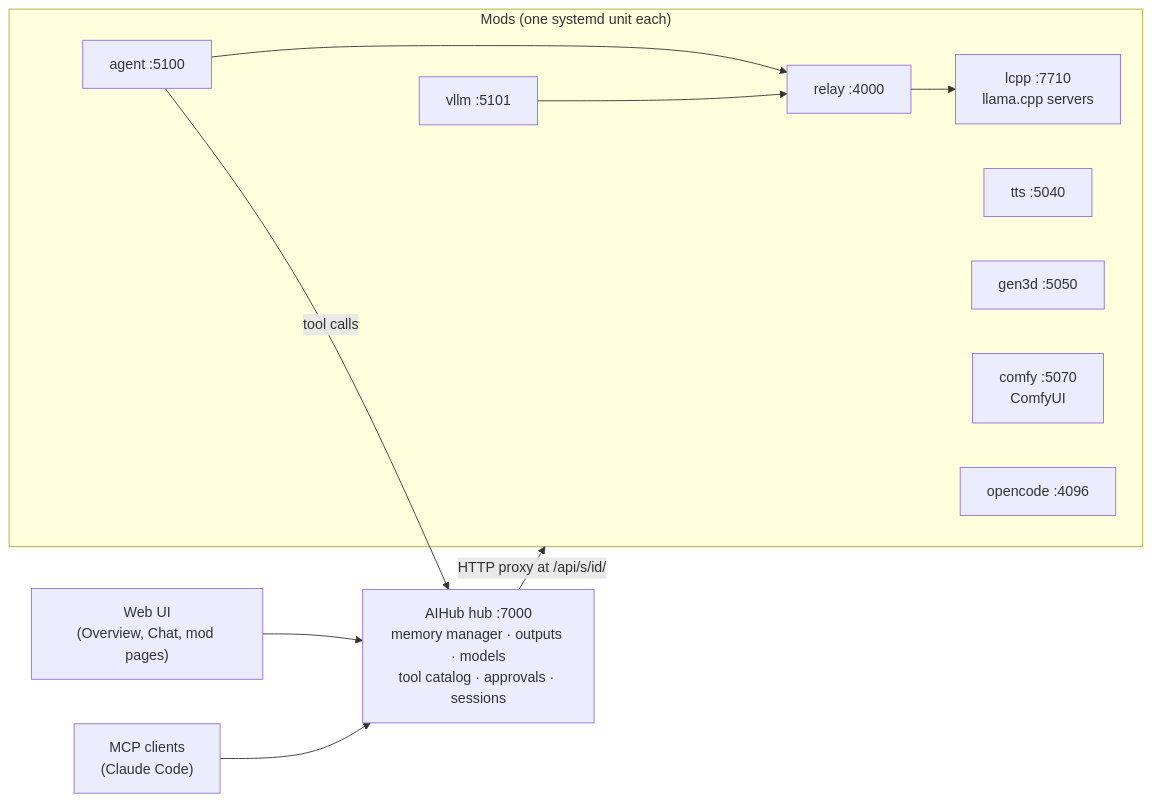
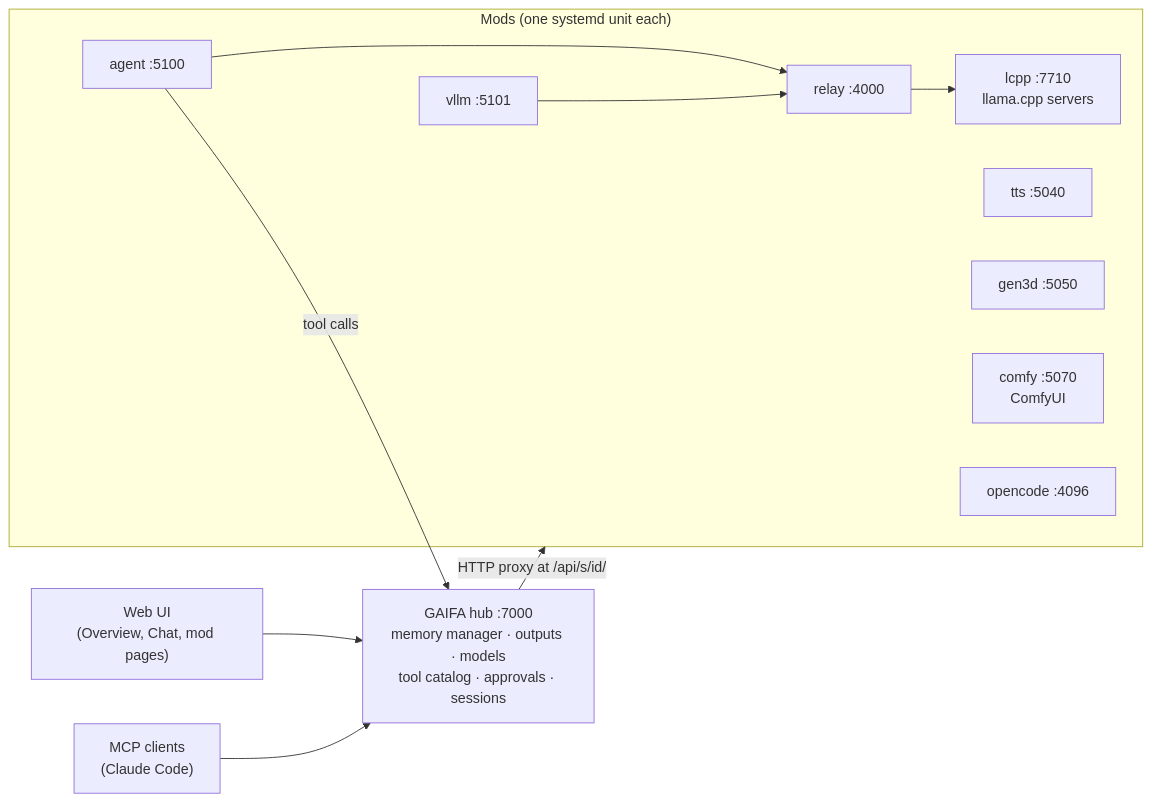
Before and after one commit to brendondgr/GAIFA: the diagram in README.md, drawn with Mermaid. The commit also changed other lines of this file and 54 other files, not shown here.

````diff
--- a/README.md
+++ b/README.md
@@ -119,17 +119,17 @@
 ```mermaid
 flowchart LR
   UI["Web UI<br/>(Overview, Chat, mod pages)"] --> Hub
   MCP["MCP clients<br/>(Claude Code)"] --> Hub
-  Hub["AIHub hub :7000<br/>memory manager · outputs · models<br/>tool catalog · approvals · sessions"]
+  Hub["GAIFA hub :7000<br/>memory manager · outputs · models<br/>tool catalog · approvals · sessions"]
   Hub -- "HTTP proxy at /api/s/id/" --> Mods
   subgraph Mods["Mods (one systemd unit each)"]
     relay["relay :4000"] --> lcpp["lcpp :7710<br/>llama.cpp servers"]
     agent["agent :5100"] --> relay
     tts["tts :5040"]
     gen3d["gen3d :5050"]
     comfy["comfy :5070<br/>ComfyUI"]
     opencode["opencode :4096"]
     vllm["vllm :5101"] --> relay
   end
   agent -- "tool calls" --> Hub
 ```
````
